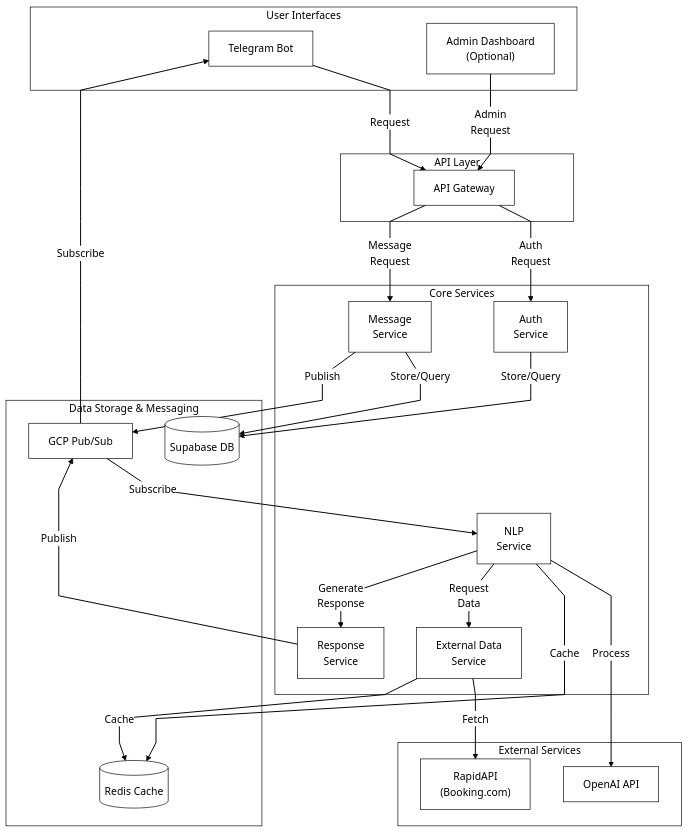
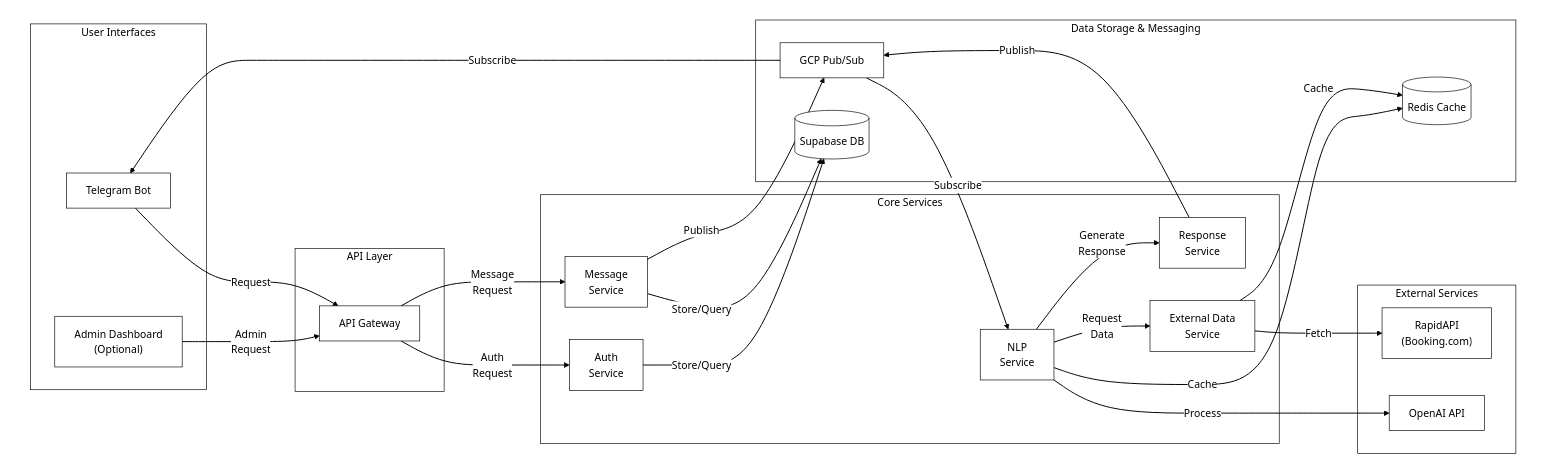
The diagram in README.md (esakrissa/modern-isoner), drawn with Mermaid before and after one commit.

Commit message:
Add full white background container to Mermaid diagram

```diff
--- a/README.md
+++ b/README.md
@@ -40,67 +40,72 @@
   },
   'flowchart': {
     'htmlLabels': true,
-    'curve': 'linear',
-    'diagramPadding': 20
+    'curve': 'basis',
+    'diagramPadding': 40,
+    'useMaxWidth': false
   }
 }}%%
 flowchart TB
-    %% Define nodes with proper spacing
-    subgraph UI["User Interfaces"]
-        TB["Telegram Bot"]
-        AD["Admin Dashboard<br/>(Optional)"]
+    %% Create a background container for the entire diagram
+    subgraph BG [" "]
+        %% Define nodes with proper spacing
+        subgraph UI["User Interfaces"]
+            TB["Telegram Bot"]
+            AD["Admin Dashboard<br/>(Optional)"]
+        end
+        
+        subgraph API["API Layer"]
+            AG["API Gateway"]
+        end
+        
+        subgraph CS["Core Services"]
+            AS["Auth<br/>Service"]
+            MS["Message<br/>Service"]
+            NLP["NLP<br/>Service"]
+            EDS["External Data<br/>Service"]
+            RS["Response<br/>Service"]
+        end
+        
+        subgraph DS["Data Storage & Messaging"]
+            SB[(Supabase DB)]
+            PS["GCP Pub/Sub"]
+            RC[(Redis Cache)]
+        end
+        
+        subgraph ES["External Services"]
+            OAI["OpenAI API"]
+            RAPI["RapidAPI<br/>(Booking.com)"]
+        end
+        
+        %% Define connections with proper spacing
+        TB -->|"Request"| AG
+        AD -->|"Admin<br/>Request"| AG
+        
+        AG -->|"Auth<br/>Request"| AS
+        AG -->|"Message<br/>Request"| MS
+        
+        AS -->|"Store/Query"| SB
+        MS -->|"Store/Query"| SB
+        MS -->|"Publish"| PS
+        
+        PS -->|"Subscribe"| NLP
+        NLP -->|"Process"| OAI
+        NLP -->|"Cache"| RC
+        
+        NLP -->|"Request<br/>Data"| EDS
+        NLP -->|"Generate<br/>Response"| RS
+        
+        EDS -->|"Fetch"| RAPI
+        EDS -->|"Cache"| RC
+        
+        RS -->|"Publish"| PS
+        PS -->|"Subscribe"| TB
     end
-    
-    subgraph API["API Layer"]
-        AG["API Gateway"]
-    end
-    
-    subgraph CS["Core Services"]
-        AS["Auth<br/>Service"]
-        MS["Message<br/>Service"]
-        NLP["NLP<br/>Service"]
-        EDS["External Data<br/>Service"]
-        RS["Response<br/>Service"]
-    end
-    
-    subgraph DS["Data Storage & Messaging"]
-        SB[(Supabase DB)]
-        PS["GCP Pub/Sub"]
-        RC[(Redis Cache)]
-    end
-    
-    subgraph ES["External Services"]
-        OAI["OpenAI API"]
-        RAPI["RapidAPI<br/>(Booking.com)"]
-    end
-    
-    %% Define connections with proper spacing
-    TB -->|"Request"| AG
-    AD -->|"Admin<br/>Request"| AG
-    
-    AG -->|"Auth<br/>Request"| AS
-    AG -->|"Message<br/>Request"| MS
-    
-    AS -->|"Store/Query"| SB
-    MS -->|"Store/Query"| SB
-    MS -->|"Publish"| PS
-    
-    PS -->|"Subscribe"| NLP
-    NLP -->|"Process"| OAI
-    NLP -->|"Cache"| RC
-    
-    NLP -->|"Request<br/>Data"| EDS
-    NLP -->|"Generate<br/>Response"| RS
-    
-    EDS -->|"Fetch"| RAPI
-    EDS -->|"Cache"| RC
-    
-    RS -->|"Publish"| PS
-    PS -->|"Subscribe"| TB
     
     %% Style all links and nodes
     linkStyle default stroke:#000000,stroke-width:1.5px;
     
+    style BG fill:#ffffff,stroke:#ffffff,stroke-width:0px;
     style UI fill:#ffffff,stroke:#000000,stroke-width:1px;
     style API fill:#ffffff,stroke:#000000,stroke-width:1px;
     style CS fill:#ffffff,stroke:#000000,stroke-width:1px;
```
